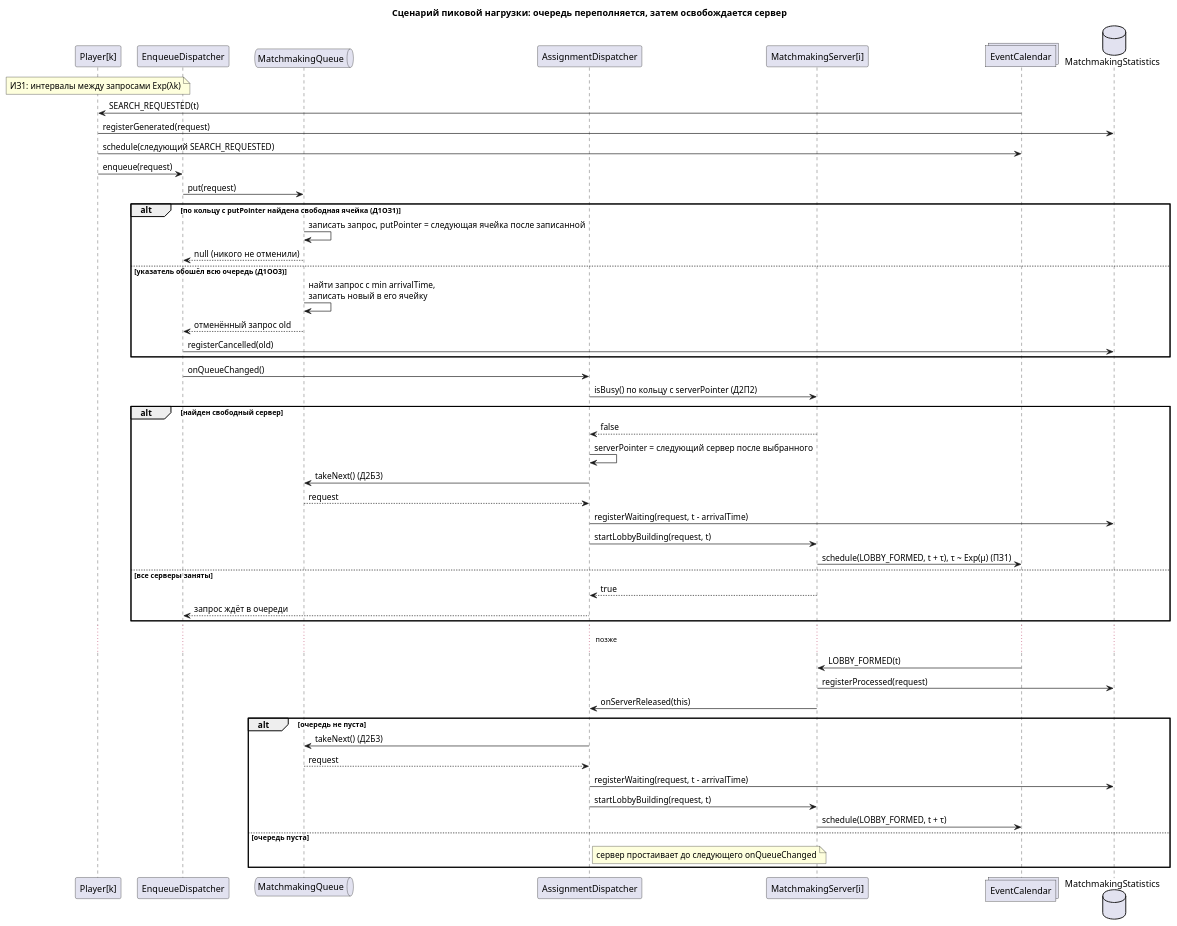
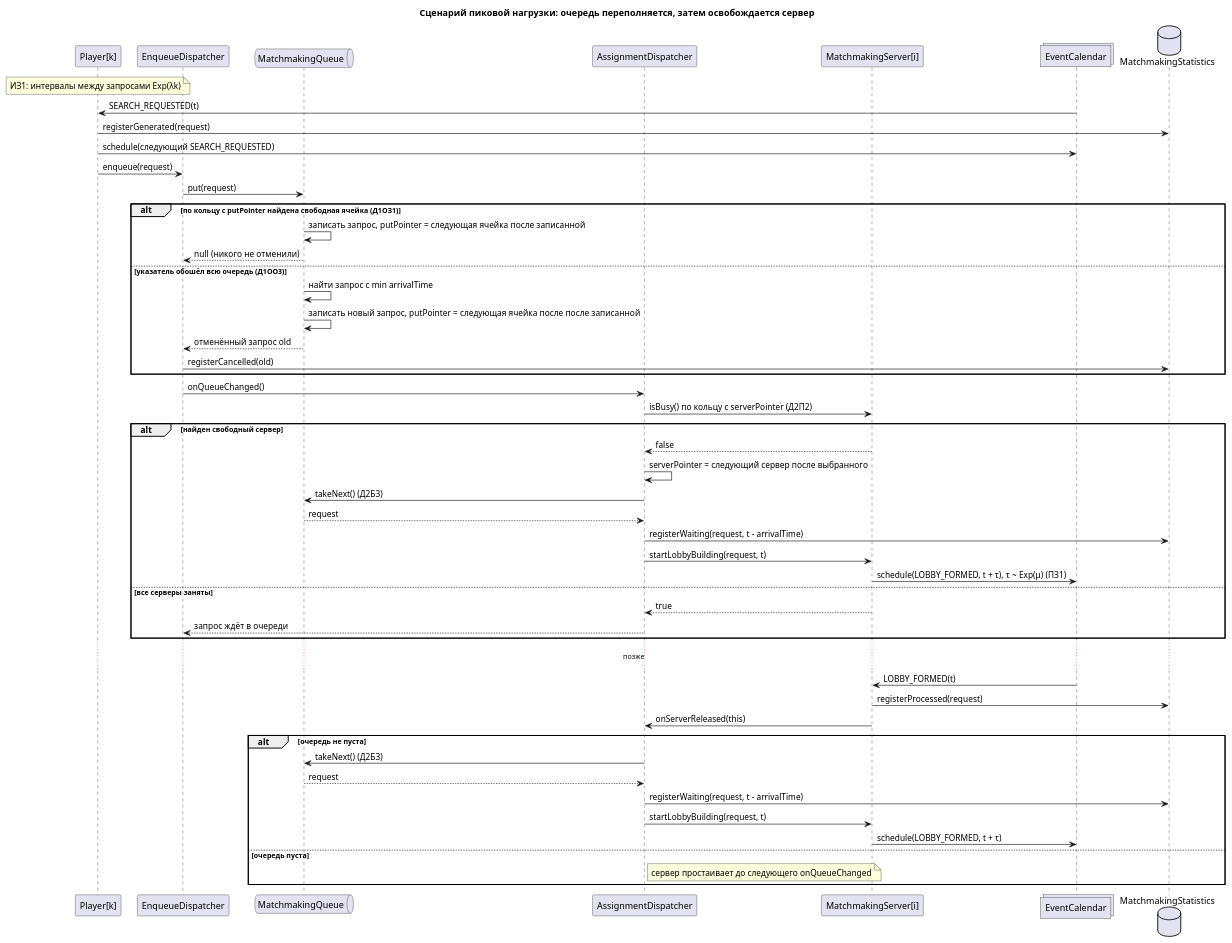
One commit to Exam-Play/smo-faceit-matchmaking changed the diagram in artifacts/peak-load-scenario.puml. Above: the diagram before and after it, drawn with PlantUML. The commit also changed 1 other file, not shown here.

```diff
--- a/artifacts/peak-load-scenario.puml
+++ b/artifacts/peak-load-scenario.puml
@@ -1,57 +1,58 @@
 @startuml
 title Сценарий пиковой нагрузки: очередь переполняется, затем освобождается сервер
 skinparam sequenceMessageAlign left
 
 participant "Player[k]" as Pl
 participant "EnqueueDispatcher" as ED
 queue "MatchmakingQueue" as Q
 participant "AssignmentDispatcher" as AD
 participant "MatchmakingServer[i]" as Srv
 collections "EventCalendar" as Cal
 database "MatchmakingStatistics" as St
 
 note over Pl: ИЗ1: интервалы между запросами Exp(λk)
 
 Cal -> Pl: SEARCH_REQUESTED(t)
 Pl -> St: registerGenerated(request)
 Pl -> Cal: schedule(следующий SEARCH_REQUESTED)
 Pl -> ED: enqueue(request)
 ED -> Q: put(request)
 alt по кольцу с putPointer найдена свободная ячейка (Д1ОЗ1)
   Q -> Q: записать запрос, putPointer = следующая ячейка после записанной
   Q --> ED: null (никого не отменили)
 else указатель обошёл всю очередь (Д1ОО3)
-  Q -> Q: найти запрос с min arrivalTime,\nзаписать новый в его ячейку
+  Q -> Q: найти запрос с min arrivalTime
+  Q -> Q: записать новый запрос, putPointer = следующая ячейка после после записанной
   Q --> ED: отменённый запрос old
   ED -> St: registerCancelled(old)
 end
 ED -> AD: onQueueChanged()
 AD -> Srv: isBusy() по кольцу с serverPointer (Д2П2)
 alt найден свободный сервер
   Srv --> AD: false
   AD -> AD: serverPointer = следующий сервер после выбранного
   AD -> Q: takeNext() (Д2Б3)
   Q --> AD: request
   AD -> St: registerWaiting(request, t - arrivalTime)
   AD -> Srv: startLobbyBuilding(request, t)
   Srv -> Cal: schedule(LOBBY_FORMED, t + τ), τ ~ Exp(μ) (ПЗ1)
 else все серверы заняты
   Srv --> AD: true
   AD --> ED: запрос ждёт в очереди
 end
 
 ... позже ...
 
 Cal -> Srv: LOBBY_FORMED(t)
 Srv -> St: registerProcessed(request)
 Srv -> AD: onServerReleased(this)
 alt очередь не пуста
   AD -> Q: takeNext() (Д2Б3)
   Q --> AD: request
   AD -> St: registerWaiting(request, t - arrivalTime)
   AD -> Srv: startLobbyBuilding(request, t)
   Srv -> Cal: schedule(LOBBY_FORMED, t + τ)
 else очередь пуста
   note right of AD: сервер простаивает до следующего onQueueChanged
 end
 @enduml
```
